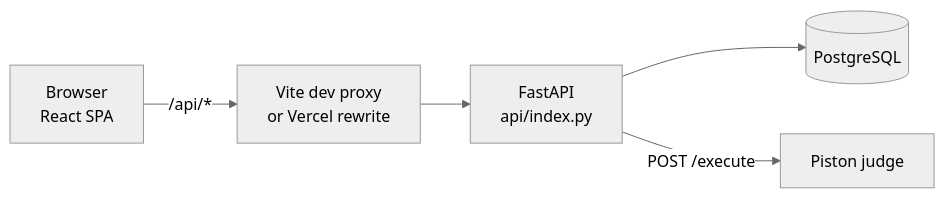
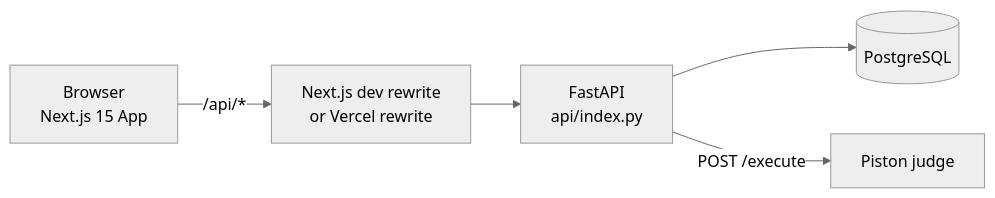
One commit to zap-arena/zap changed the diagram in CODEBASE.md. Above: the diagram before and after it, drawn with Mermaid (neutral theme). The commit also changed other lines of this file and 133 other files, not shown here.

````diff
--- a/CODEBASE.md
+++ b/CODEBASE.md
@@ -28,7 +29,7 @@
 ```mermaid
 flowchart LR
-    B[Browser<br/>React SPA] -->|"/api/*"| P[Vite dev proxy<br/>or Vercel rewrite]
+    B[Browser<br/>Next.js 15 App] -->|"/api/*"| P[Next.js dev rewrite<br/>or Vercel rewrite]
     P --> F[FastAPI<br/>api/index.py]
     F --> D[(PostgreSQL)]
     F -->|"POST /execute"| J[Piston judge]
 ```
````
